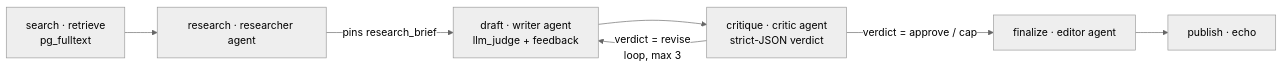
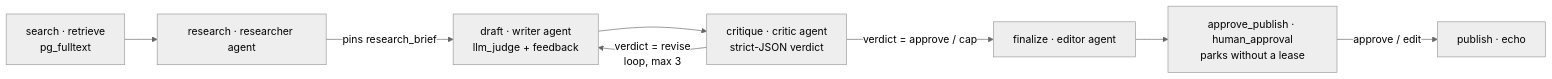
Before and after one commit to mathcslearner/agentloom: the diagram in docs/examples/research-critic-writer.md, drawn with Mermaid (neutral theme). The commit also changed other lines of this file and 32 other files, not shown here.

Commit message:
approval notification webhook + flagship gate

````diff
--- a/docs/examples/research-critic-writer.md
+++ b/docs/examples/research-critic-writer.md
@@ -21,9 +21,10 @@
 ```mermaid
 flowchart LR
   search[search · retrieve<br/>pg_fulltext] --> research[research · researcher agent]
   research -- pins research_brief --> draft[draft · writer agent<br/>llm_judge + feedback]
   draft --> critique[critique · critic agent<br/>strict-JSON verdict]
   critique -- verdict = revise<br/>loop, max 3 --> draft
   critique -- verdict = approve / cap --> finalize[finalize · editor agent]
-  finalize --> publish[publish · echo]
+  finalize --> gate[approve_publish · human_approval<br/>parks without a lease]
+  gate -- approve / edit --> publish[publish · echo]
 ```
````
